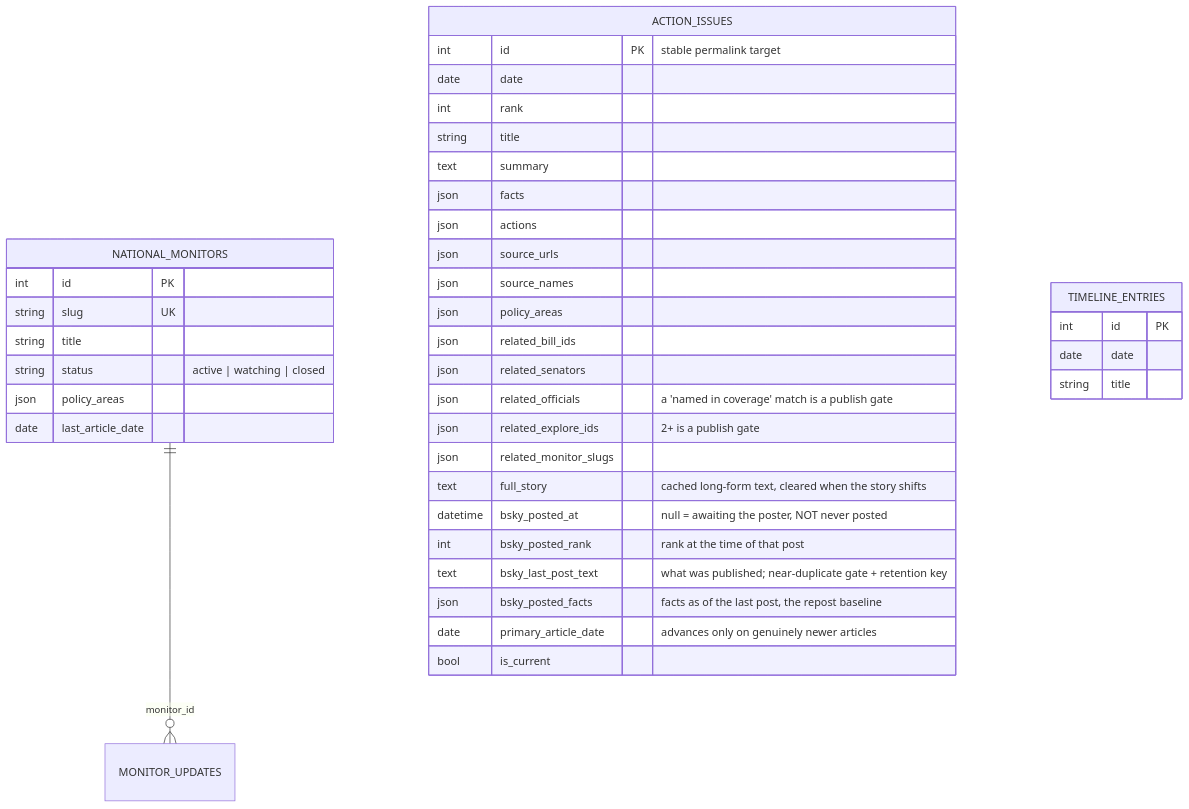
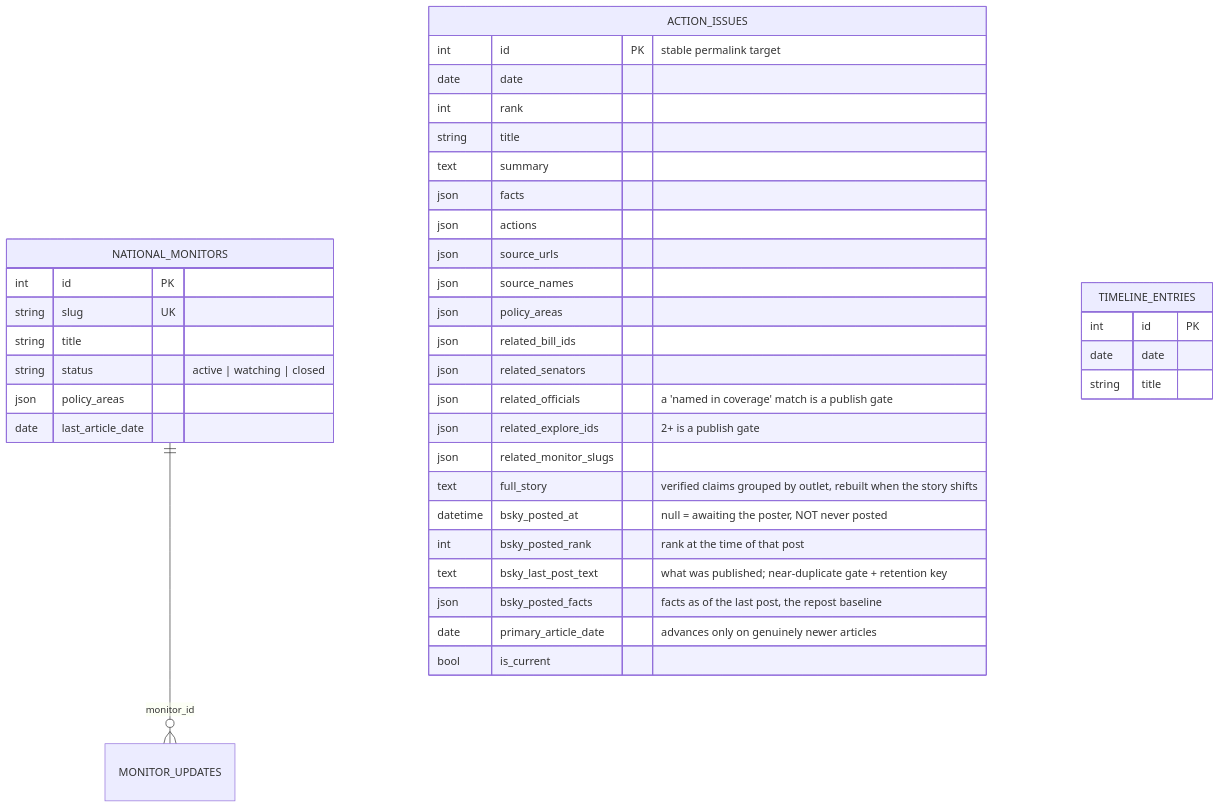
Before and after one commit to kamoras/civitas: the third of 5 diagrams in docs/diagrams/07-data-model.md, drawn with Mermaid. The commit also changed 14 other files, not shown here.

First line of the commit message:
feat(action-center): the full story is verified claims under their outlet, not model prose

````diff
--- a/docs/diagrams/07-data-model.md
+++ b/docs/diagrams/07-data-model.md
@@ -126,44 +126,44 @@
 ```mermaid
 erDiagram
     NATIONAL_MONITORS ||--o{ MONITOR_UPDATES : "monitor_id"
 
     ACTION_ISSUES {
         int id PK "stable permalink target"
         date date
         int rank
         string title
         text summary
         json facts
         json actions
         json source_urls
         json source_names
         json policy_areas
         json related_bill_ids
         json related_senators
         json related_officials "a 'named in coverage' match is a publish gate"
         json related_explore_ids "2+ is a publish gate"
         json related_monitor_slugs
-        text full_story "cached long-form text, cleared when the story shifts"
+        text full_story "verified claims grouped by outlet, rebuilt when the story shifts"
         datetime bsky_posted_at "null = awaiting the poster, NOT never posted"
         int bsky_posted_rank "rank at the time of that post"
         text bsky_last_post_text "what was published; near-duplicate gate + retention key"
         json bsky_posted_facts "facts as of the last post, the repost baseline"
         date primary_article_date "advances only on genuinely newer articles"
         bool is_current
     }
 
     NATIONAL_MONITORS {
         int id PK
         string slug UK
         string title
         string status "active | watching | closed"
         json policy_areas
         date last_article_date
     }
 
     TIMELINE_ENTRIES {
         int id PK
         date date
         string title
     }
 ```
````
